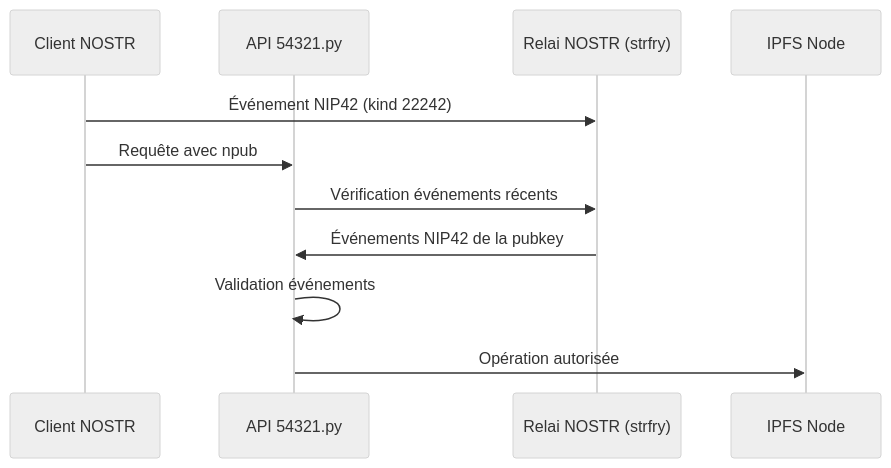
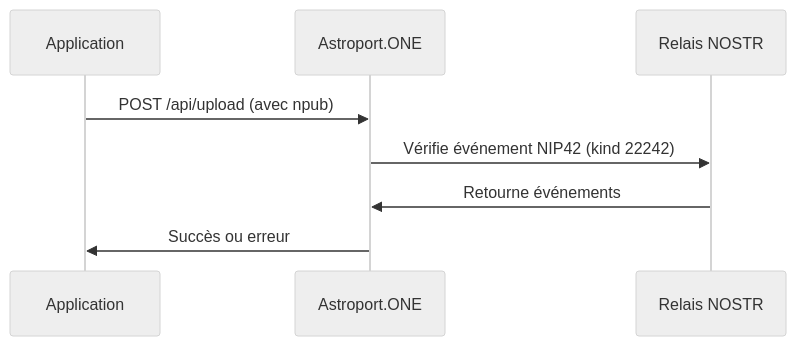
Before and after one commit to papiche/Astroport.ONE: the second of 3 diagrams in API.NOSTRAuth.readme.md, drawn with Mermaid (neutral theme). The commit also changed other lines of this file and 1 other file, not shown here.

Commit message:
DEV README learn how to use UPlanet API using NOSTR clients

````diff
--- a/API.NOSTRAuth.readme.md
+++ b/API.NOSTRAuth.readme.md
@@ -19,14 +175,10 @@
 ```mermaid
 sequenceDiagram
-    participant Client as Client NOSTR
-    participant API as API 54321.py
-    participant Relay as Relai NOSTR (strfry)
-    participant IPFS as IPFS Node
-
-    Client->>Relay: Événement NIP42 (kind 22242)
-    Client->>API: Requête avec npub
-    API->>Relay: Vérification événements récents
-    Relay->>API: Événements NIP42 de la pubkey
-    API->>API: Validation événements
-    API->>IPFS: Opération autorisée
+    participant Client as Application
+    participant API as Astroport.ONE
+    participant Relay as Relais NOSTR
+    Client->>API: POST /api/upload (avec npub)
+    API->>Relay: Vérifie événement NIP42 (kind 22242)
+    Relay->>API: Retourne événements
+    API->>Client: Succès ou erreur
 ```
````
